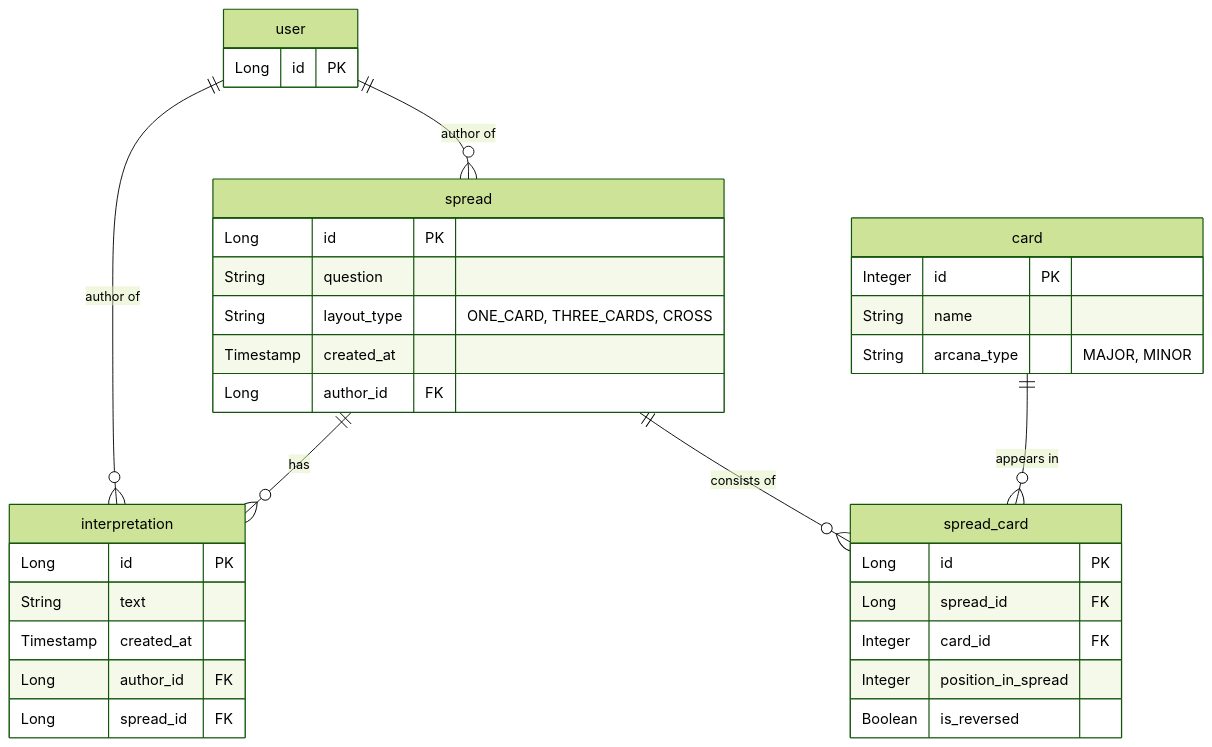
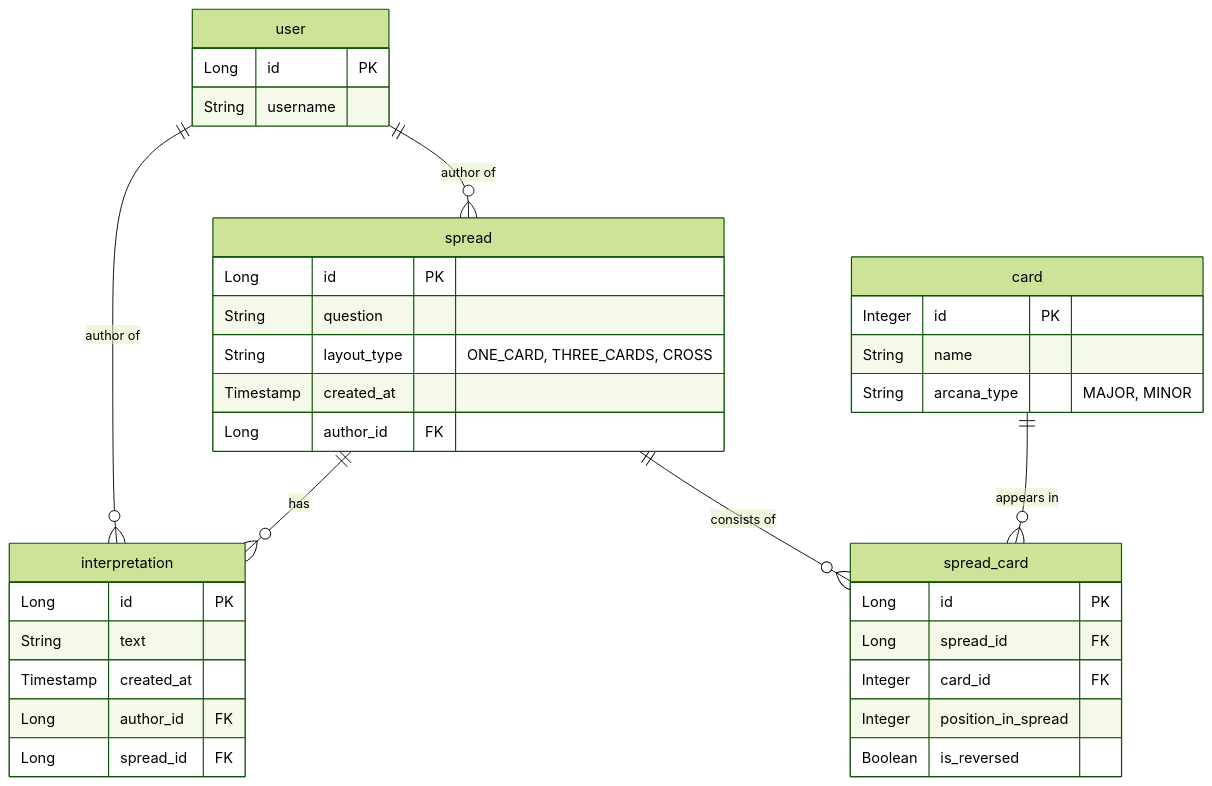
Before and after one commit to butvinm-itmo/highload: the diagram in README.md, drawn with Mermaid (forest theme). The commit also changed other lines of this file, not shown here.

````diff
--- a/README.md
+++ b/README.md
@@ -80,50 +80,51 @@
 ```mermaid
 erDiagram
   user {
     Long id PK
+    String username
   }
 
   spread {
     Long id PK
     String question
     String layout_type "ONE_CARD, THREE_CARDS, CROSS"
     Timestamp created_at
     Long author_id FK
   }
 
   interpretation {
     Long id PK
     String text
     Timestamp created_at
     Long author_id FK
     Long spread_id FK
   }
 
   card {
     Integer id PK
     String name
     String arcana_type "MAJOR, MINOR"
   }
 
   spread_card {
     Long id PK
     Long spread_id FK
     Integer card_id FK
     Integer position_in_spread
     Boolean is_reversed
   }
 
   %% Relationships
   user ||--o{ spread : "author of"
   user ||--o{ interpretation : "author of"
   spread ||--o{ interpretation : "has"
   spread ||--o{ spread_card : "consists of"
   card ||--o{ spread_card : "appears in"
 
   %% Additional notes about relationships:
   %% - user to spread: One-to-Many (один пользователь может создать много раскладов)
   %% - user to interpretation: One-to-Many (один пользователь может написать много интерпретаций)
   %% - spread to interpretation: One-to-Many (один расклад может иметь много интерпретаций)
   %% - spread to card: Many-to-Many через spread_card (расклад может содержать много карт, карта может появляться во многих раскладах)
   %% - Unique constraint: author_id + spread_id в таблице interpretation (один пользователь - одна интерпретация на расклад)
 ```
````
